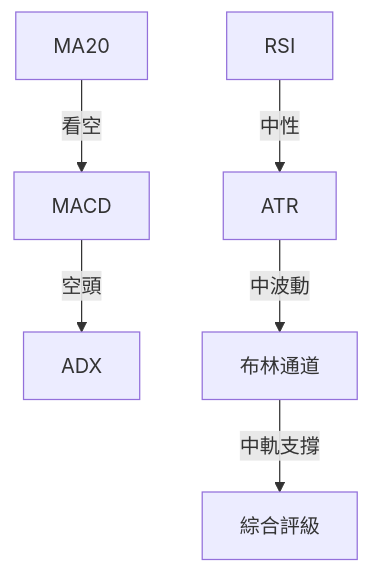
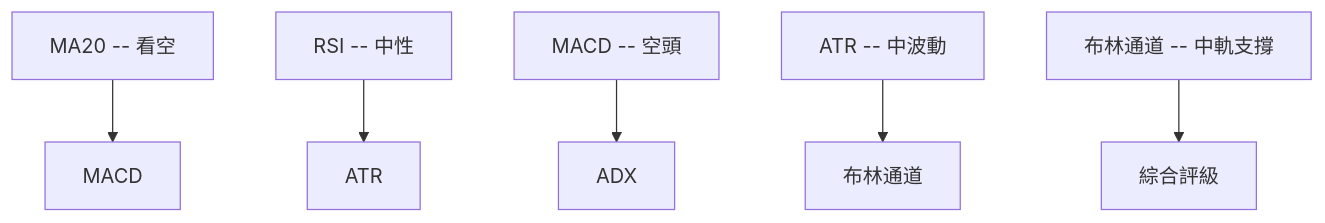
Before and after one commit to yennanliu/finance_data: the fifth of 11 diagrams in ai_gen_report/stock/pltr/technical_analysis_2026-04-01_openai.md, drawn with Mermaid. The commit also changed other lines of this file and 2258 other files, not shown here.

First line of the commit message:
chore: backfill Mermaid syntax repair across existing reports

````diff
--- a/ai_gen_report/stock/pltr/technical_analysis_2026-04-01_openai.md
+++ b/ai_gen_report/stock/pltr/technical_analysis_2026-04-01_openai.md
@@ -235,8 +235,8 @@
 ```mermaid
 graph TD
-    MA20 -- 看空 --> MACD
-    RSI -- 中性 --> ATR
-    MACD -- 空頭 --> ADX
-    ATR -- 中波動 --> 布林通道
-    布林通道 -- 中軌支撐 --> 綜合評級
+    nb1["MA20 -- 看空"] --> MACD
+    nb2["RSI -- 中性"] --> ATR
+    nb3["MACD -- 空頭"] --> ADX
+    nb4["ATR -- 中波動"] --> 布林通道
+    nb5["布林通道 -- 中軌支撐"] --> 綜合評級
 ```
````
